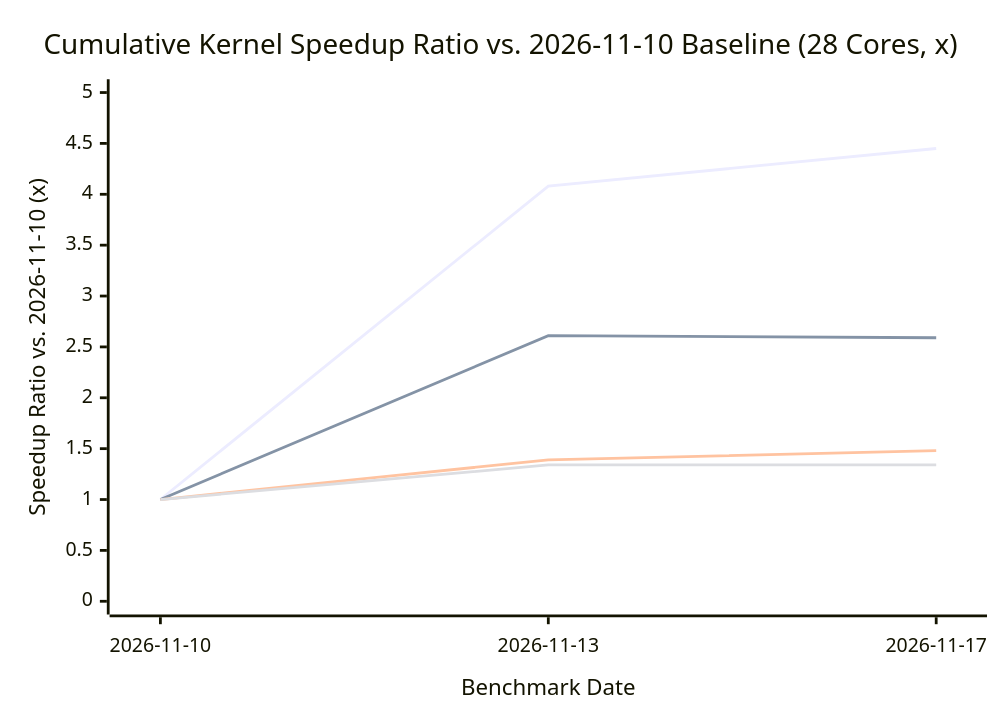
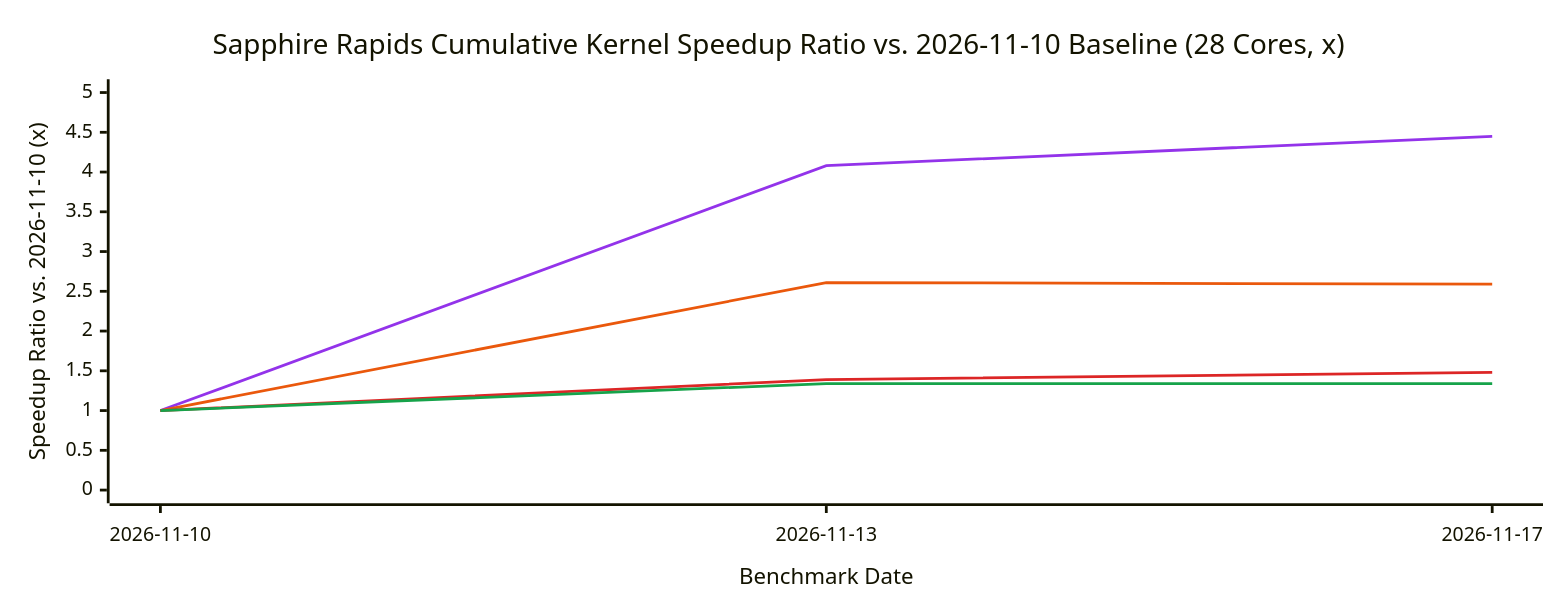
One commit to mariecwhite/ai-edge-bench changed the third of 3 diagrams in kernel/dashboards/README.md. Above: the diagram before and after it, drawn with Mermaid. The commit also changed other lines of this file and 15 other files, not shown here.

````diff
--- a/kernel/dashboards/README.md
+++ b/kernel/dashboards/README.md
@@ -40,11 +132,11 @@
 ```mermaid
-%%{init: {"xyChart": {"width": 1100, "height": 420}, "themeVariables": {"xyChart": {"plotColorPalette": "#9333ea, #ea580c, #dc2626, #16a34a"}}}%%
+%%{init: {"xyChart": {"width": 1100, "height": 420}, "themeVariables": {"xyChart": {"plotColorPalette": "#9333ea, #ea580c, #dc2626, #16a34a"}}}}%%
 xychart-beta
-    title "Cumulative Kernel Speedup Ratio vs. 2026-11-10 Baseline (28 Cores, x)"
+    title "Sapphire Rapids Cumulative Kernel Speedup Ratio vs. 2026-11-10 Baseline (28 Cores, x)"
     x-axis "Benchmark Date" ["2026-11-10", "2026-11-13", "2026-11-17"]
     y-axis "Speedup Ratio vs. 2026-11-10 (x)" 0 --> 5
     line "YNN P4: Softmax 1024x4096 (4.45x)" [1.0, 4.08, 4.45]
     line "YNN P2: INT4 128x8192x5376 (2.59x)" [1.0, 2.61, 2.59]
     line "YNN P5: INT8 2520x1152x1152 (1.48x)" [1.0, 1.39, 1.48]
     line "YNN P3: FP32 BMM 1024x1024x256 (1.34x)" [1.0, 1.34, 1.34]
 ```
````
